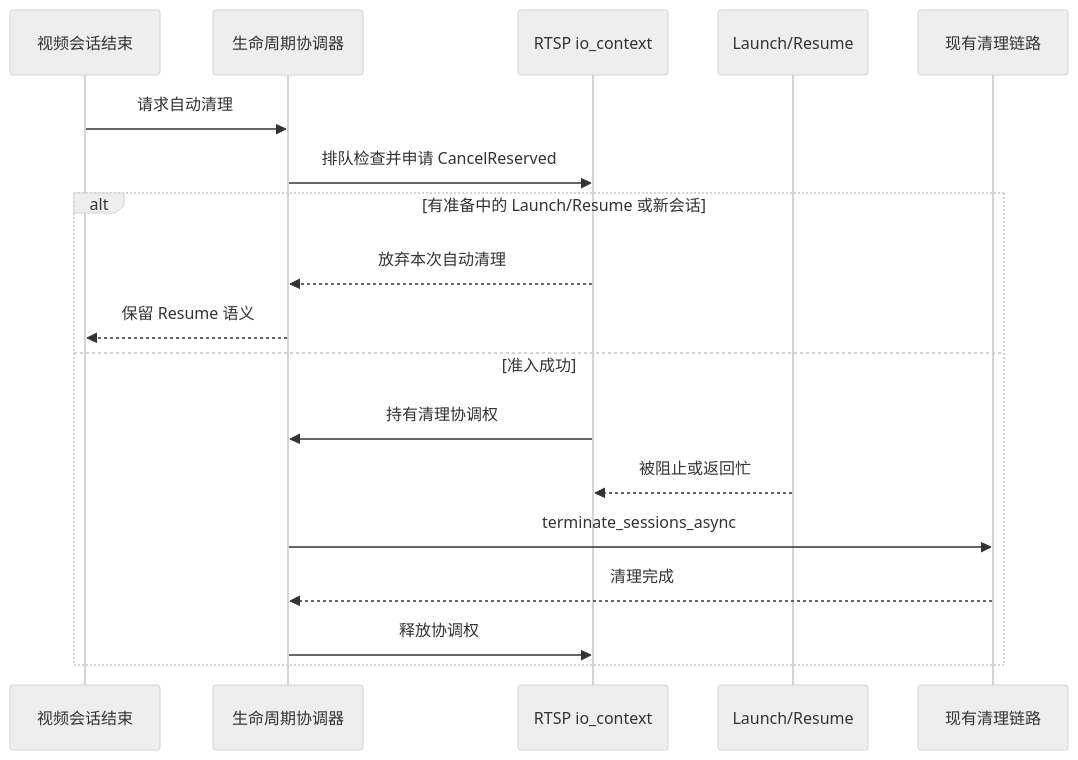
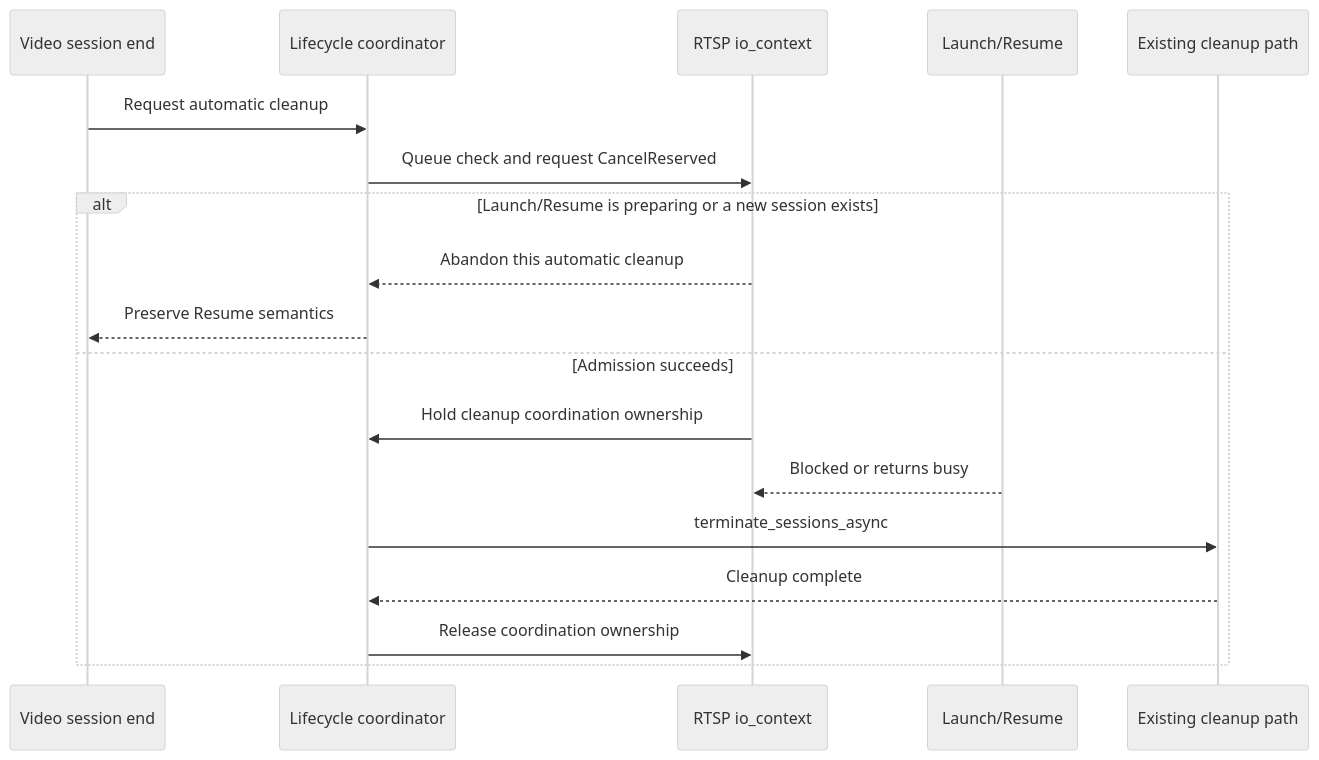
Before and after one commit to TimeZone-LLC/foundation-sunshine-english: the second of 2 diagrams in docs/source/stream_lifecycle_coordinator_design.md, drawn with Mermaid (neutral theme). The commit also changed other lines of this file and 103 other files, not shown here.

````diff
--- a/docs/source/stream_lifecycle_coordinator_design.md
+++ b/docs/source/stream_lifecycle_coordinator_design.md
@@ -59,21 +59,21 @@
 ```mermaid
 sequenceDiagram
-    participant V as 视频会话结束
-    participant C as 生命周期协调器
+    participant V as Video session end
+    participant C as Lifecycle coordinator
     participant R as RTSP io_context
     participant L as Launch/Resume
-    participant S as 现有清理链路
+    participant S as Existing cleanup path
 
-    V->>C: 请求自动清理
-    C->>R: 排队检查并申请 CancelReserved
-    alt 有准备中的 Launch/Resume 或新会话
-        R-->>C: 放弃本次自动清理
-        C-->>V: 保留 Resume 语义
-    else 准入成功
-        R->>C: 持有清理协调权
-        L-->>R: 被阻止或返回忙
+    V->>C: Request automatic cleanup
+    C->>R: Queue check and request CancelReserved
+    alt Launch/Resume is preparing or a new session exists
+        R-->>C: Abandon this automatic cleanup
+        C-->>V: Preserve Resume semantics
+    else Admission succeeds
+        R->>C: Hold cleanup coordination ownership
+        L-->>R: Blocked or returns busy
         C->>S: terminate_sessions_async
-        S-->>C: 清理完成
-        C->>R: 释放协调权
+        S-->>C: Cleanup complete
+        C->>R: Release coordination ownership
     end
 ```
````
